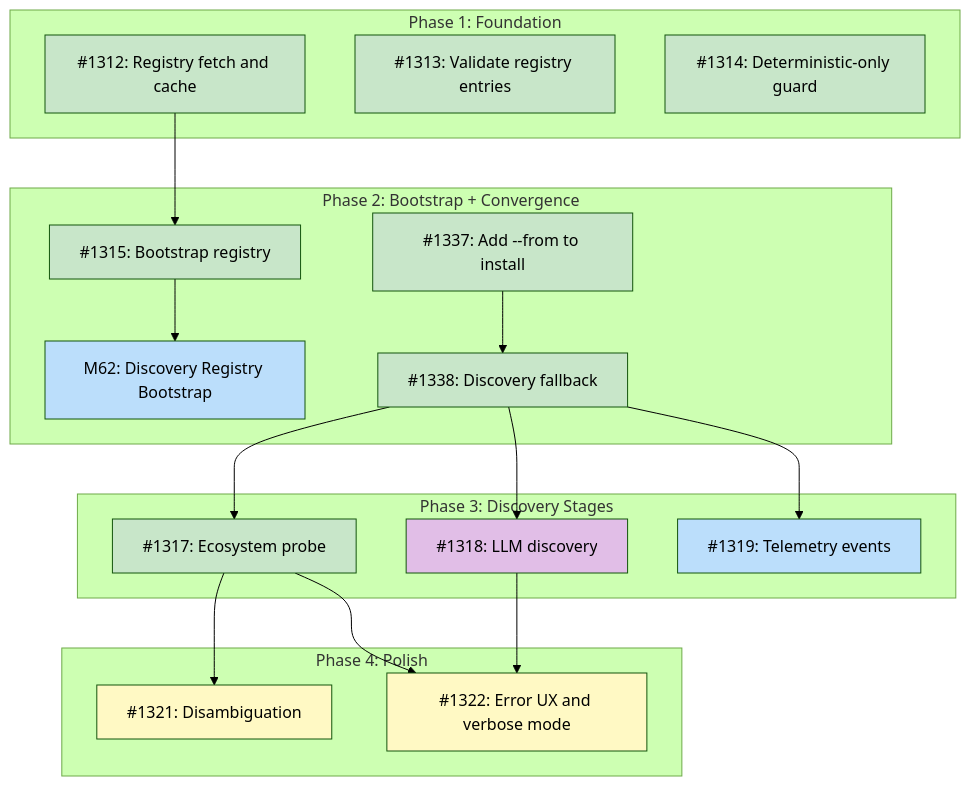
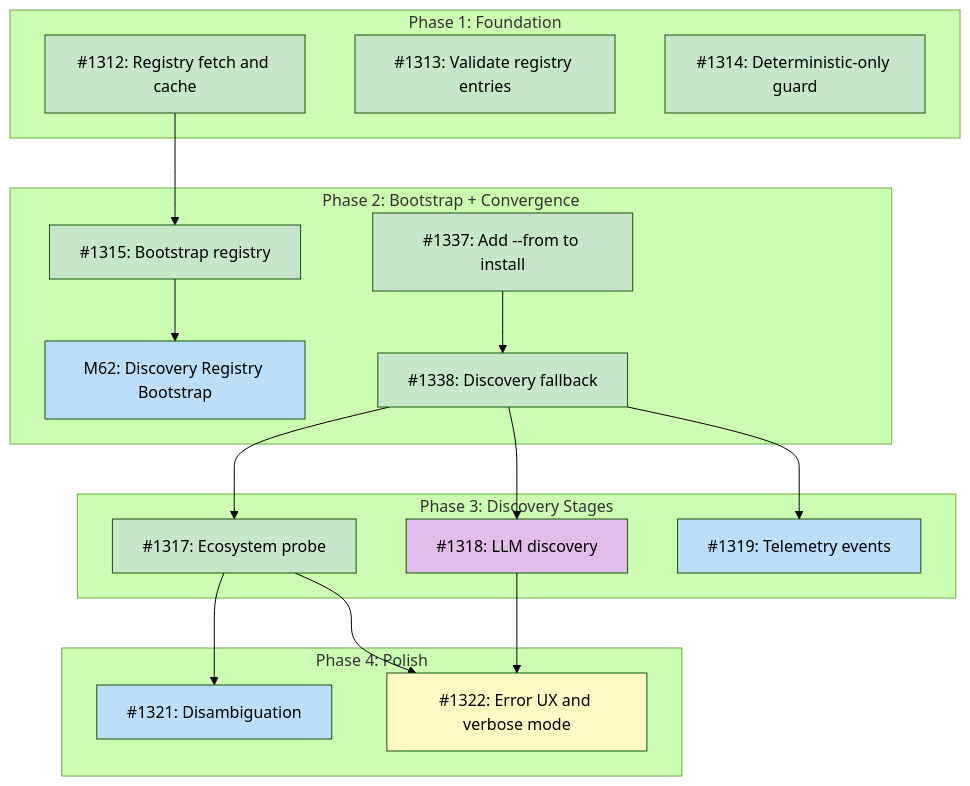
Before and after one commit to tsukumogami/tsuku: the diagram in docs/designs/DESIGN-discovery-resolver.md, drawn with Mermaid (forest theme). The commit also changed 1 other file, not shown here.

Commit message:
fix(docs): correct status heading and diagram class for #1321
Change Status from bold text to H2 heading in ecosystem probe design
doc. Update I1321 from blocked to ready in discovery resolver diagram
since its only blocker (#1317) is now done.

````diff
--- a/docs/designs/DESIGN-discovery-resolver.md
+++ b/docs/designs/DESIGN-discovery-resolver.md
@@ -62,50 +62,51 @@
 ```mermaid
 graph TD
     subgraph Phase1["Phase 1: Foundation"]
         I1312["#1312: Registry fetch and cache"]
         I1313["#1313: Validate registry entries"]
         I1314["#1314: Deterministic-only guard"]
     end
 
     subgraph Phase2["Phase 2: Bootstrap + Convergence"]
         M62["M62: Discovery Registry Bootstrap"]
         I1315["#1315: Bootstrap registry"]
         I1337["#1337: Add --from to install"]
         I1338["#1338: Discovery fallback"]
     end
 
     subgraph Phase3["Phase 3: Discovery Stages"]
         I1317["#1317: Ecosystem probe"]
         I1318["#1318: LLM discovery"]
         I1319["#1319: Telemetry events"]
     end
 
     subgraph Phase4["Phase 4: Polish"]
         I1321["#1321: Disambiguation"]
         I1322["#1322: Error UX and verbose mode"]
     end
 
     I1312 --> I1315
     I1315 --> M62
     I1337 --> I1338
     I1338 --> I1317
     I1338 --> I1318
     I1338 --> I1319
     I1317 --> I1321
     I1317 --> I1322
     I1318 --> I1322
 
     classDef done fill:#c8e6c9
     classDef ready fill:#bbdefb
     classDef blocked fill:#fff9c4
     classDef needsDesign fill:#e1bee7
 
     class I1312,I1313,I1314 done
     class I1337,I1338 done
     class I1319 ready
     class I1317 done
     class I1318 needsDesign
     class M62 ready
     class I1315 done
-    class I1321,I1322 blocked
+    class I1321 ready
+    class I1322 blocked
 ```
````
